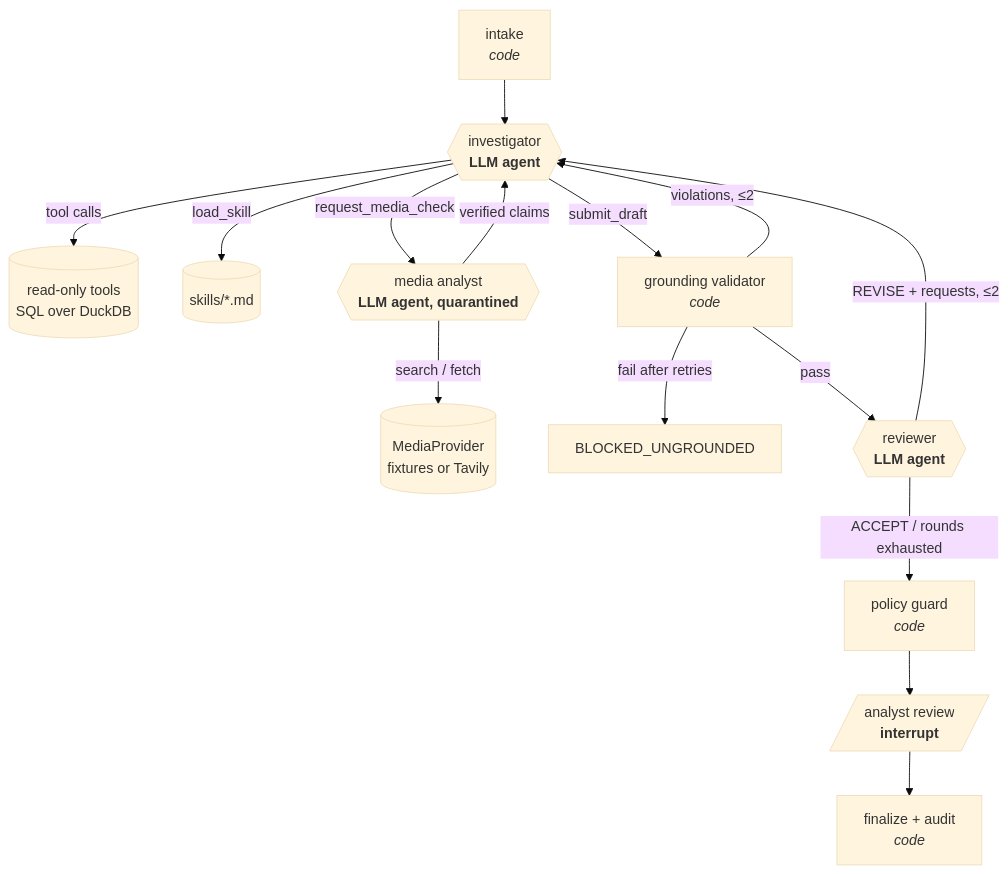
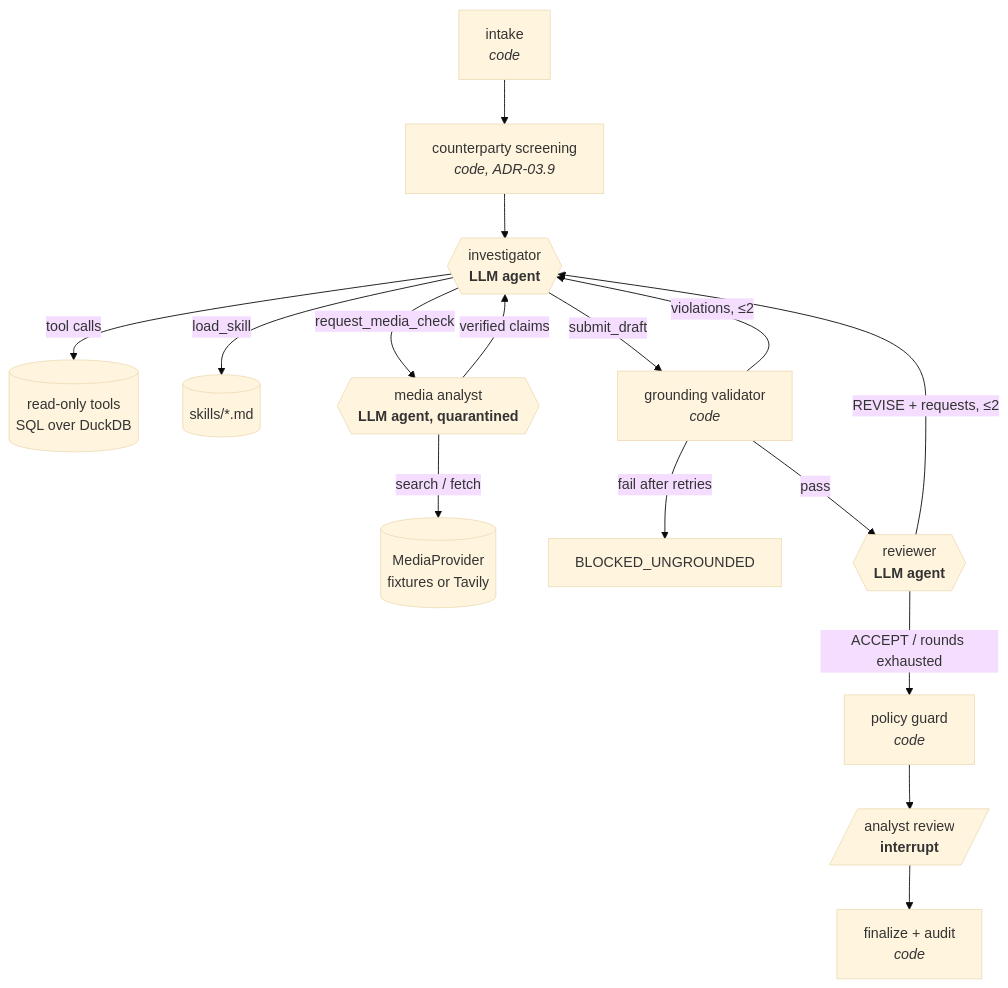
Before and after one commit to FilipePaco/finint-agent: the diagram in .kiro/specs/03-investigation-agent/design.md, drawn with Mermaid (base theme). The commit also changed other lines of this file and 4 other files, not shown here.

First line of the commit message:
docs(specs): ADR-03.9 counterparty screening in the harness (R3.4, R4.2)

````diff
--- a/.kiro/specs/03-investigation-agent/design.md
+++ b/.kiro/specs/03-investigation-agent/design.md
@@ -4,17 +4,18 @@
 ```mermaid
 flowchart TD
-    A[intake<br/><i>code</i>] --> B{{investigator<br/><b>LLM agent</b>}}
+    A[intake<br/><i>code</i>] --> C[counterparty screening<br/><i>code, ADR-03.9</i>]
+    C --> B{{investigator<br/><b>LLM agent</b>}}
     B -- tool calls --> T[(read-only tools<br/>SQL over DuckDB)]
     B -- load_skill --> S[(skills/*.md)]
     B -- request_media_check --> M{{media analyst<br/><b>LLM agent, quarantined</b>}}
     M -- search / fetch --> N[(MediaProvider<br/>fixtures or Tavily)]
     M -- verified claims --> B
     B -- submit_draft --> G[grounding validator<br/><i>code</i>]
     G -- violations, ≤2 --> B
     G -- fail after retries --> X[BLOCKED_UNGROUNDED]
     G -- pass --> R{{reviewer<br/><b>LLM agent</b>}}
     R -- REVISE + requests, ≤2 --> B
     R -- ACCEPT / rounds exhausted --> P[policy guard<br/><i>code</i>]
     P --> H[/analyst review<br/><b>interrupt</b>/]
     H --> F[finalize + audit<br/><i>code</i>]
 ```
````
